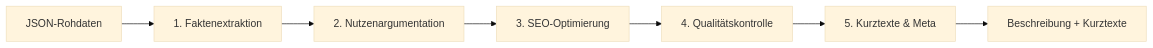
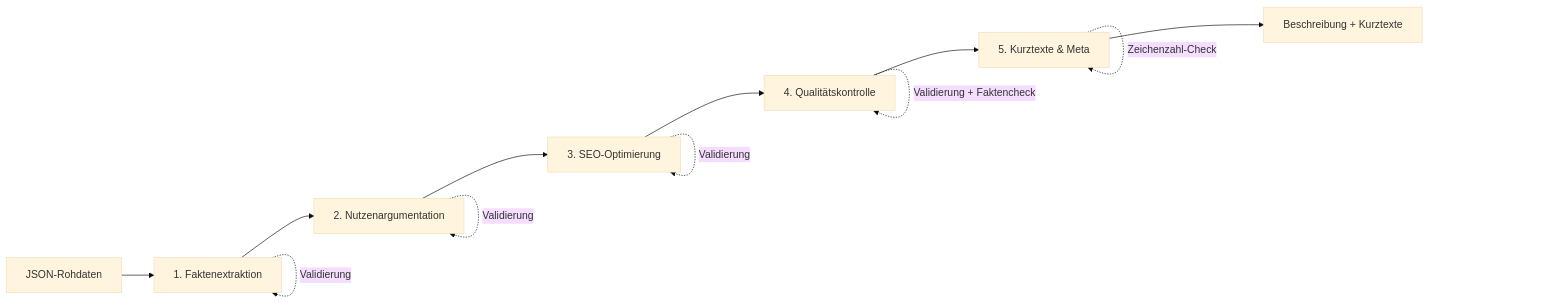
The diagram in README.md (G33kM4sT3r/ai-product-descriptions), drawn with Mermaid (base theme) before and after one commit. The commit also changed other lines of this file and 16 other files, not shown here.

````diff
--- a/README.md
+++ b/README.md
@@ -40,9 +43,15 @@
 ```mermaid
 graph LR
     A[JSON-Rohdaten] --> B[1. Faktenextraktion]
     B --> C[2. Nutzenargumentation]
     C --> D[3. SEO-Optimierung]
     D --> E[4. Qualitätskontrolle]
     E --> F[5. Kurztexte & Meta]
     F --> G[Beschreibung + Kurztexte]
+
+    B -.->|Validierung| B
+    C -.->|Validierung| C
+    D -.->|Validierung| D
+    E -.->|Validierung + Faktencheck| E
+    F -.->|Zeichenzahl-Check| F
 ```
````
